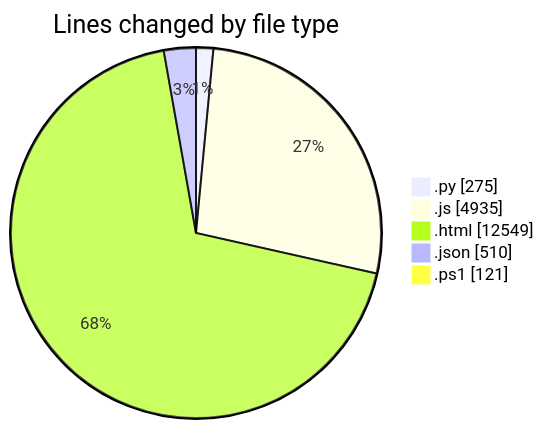
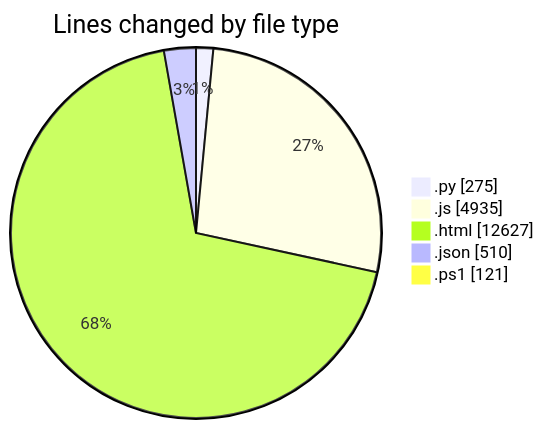
The first of 2 diagrams in 2026-07-09/twenty_versions_aminor/README.md (shibass792/code-tracking), drawn with Mermaid before and after one commit. The commit also changed other lines of this file and 1 other file, not shown here.

````diff
--- a/2026-07-09/twenty_versions_aminor/README.md
+++ b/2026-07-09/twenty_versions_aminor/README.md
@@ -47,9 +47,9 @@
 ```mermaid
 pie showData
 title Lines changed by file type
 ".py" : 275
 ".js" : 4935
-".html" : 12549
+".html" : 12627
 ".json" : 510
 ".ps1" : 121
 ```
````
